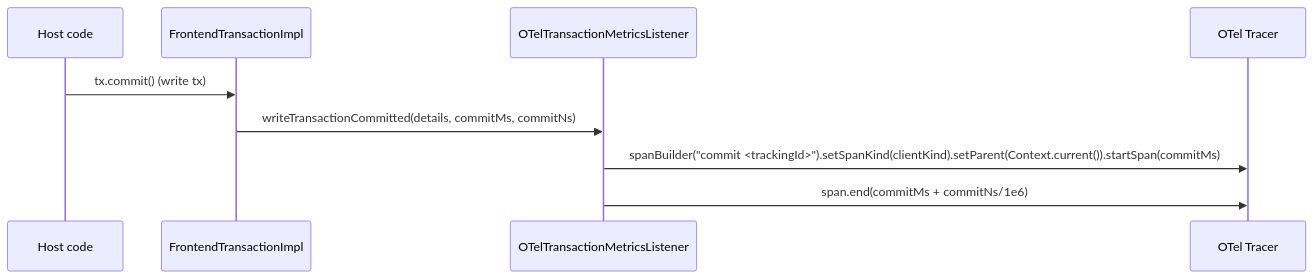
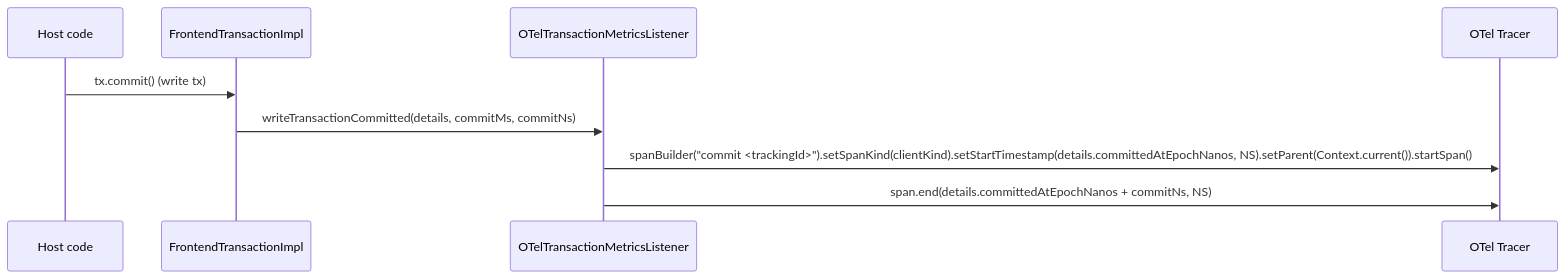
The third of 4 diagrams in docs/adr/ytdb-496-opentelemetry-support/_workflow/design.md (JetBrains/youtrackdb), drawn with Mermaid before and after one commit. The commit also changed other lines of this file and 1 other file, not shown here.

Commit message:
Mutation 33 ytdb-496: span emission in NANOSECONDS, preserves sub-ms duration under EXACT

````diff
--- a/docs/adr/ytdb-496-opentelemetry-support/_workflow/design.md
+++ b/docs/adr/ytdb-496-opentelemetry-support/_workflow/design.md
@@ -257,12 +259,12 @@
 ```mermaid
 sequenceDiagram
     participant Host as Host code
     participant TX as FrontendTransactionImpl
     participant OTL as OTelTransactionMetricsListener
     participant TR as OTel Tracer
 
     Host->>TX: tx.commit() (write tx)
     TX->>OTL: writeTransactionCommitted(details, commitMs, commitNs)
-    OTL->>TR: spanBuilder("commit <trackingId>").setSpanKind(clientKind).setParent(Context.current()).startSpan(commitMs)
-    OTL->>TR: span.end(commitMs + commitNs/1e6)
+    OTL->>TR: spanBuilder("commit <trackingId>").setSpanKind(clientKind).setStartTimestamp(details.committedAtEpochNanos, NS).setParent(Context.current()).startSpan()
+    OTL->>TR: span.end(details.committedAtEpochNanos + commitNs, NS)
 ```
````
